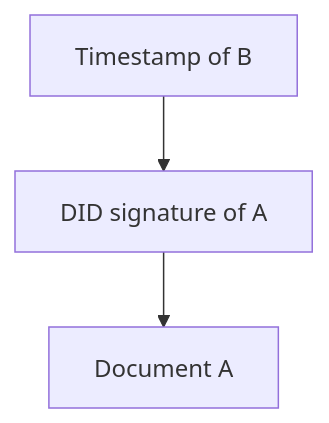
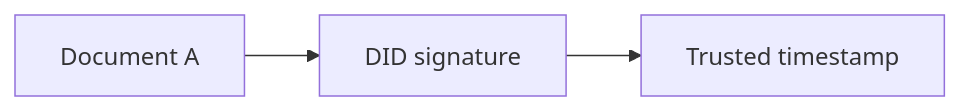
Before and after one commit to functionalscript/functionalscript: the fourth of 17 diagrams in todo/sergey/disot.md, drawn with Mermaid. The commit also changed other lines of this file, not shown here.

````diff
--- a/todo/sergey/disot.md
+++ b/todo/sergey/disot.md
@@ -76,4 +62,4 @@
 ```mermaid
-flowchart TD
-    C["Timestamp of B"] --> B["DID signature of A"] --> A["Document A"]
+flowchart LR
+    A["Document A"] --> B["DID signature"] --> C["Trusted timestamp"]
 ```
````
